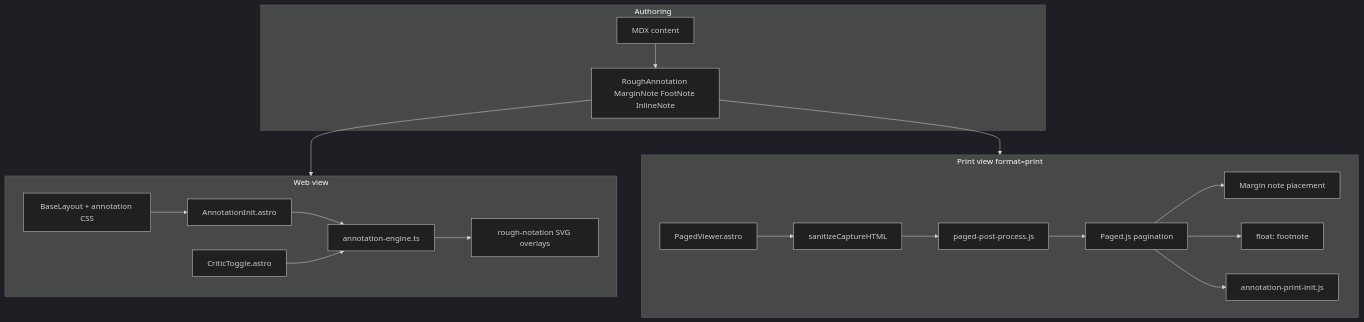
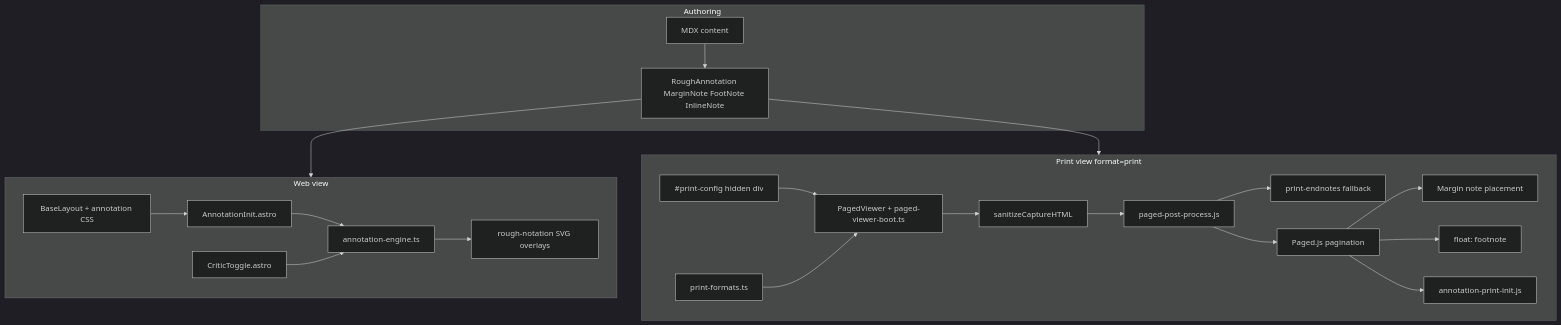
The diagram in docs/decisions/annotation-system.md (findcongwang/findcongwang-astro), drawn with Mermaid (dark theme) before and after one commit. The commit also changed other lines of this file and 14 other files, not shown here.

````diff
--- a/docs/decisions/annotation-system.md
+++ b/docs/decisions/annotation-system.md
@@ -21,39 +23,45 @@
 ```mermaid
 flowchart TB
   subgraph author [Authoring]
     MDX[MDX content]
     Components[RoughAnnotation MarginNote FootNote InlineNote]
     MDX --> Components
   end
 
   subgraph web [Web view]
     BaseLayout[BaseLayout + annotation CSS]
     AnnotInit[AnnotationInit.astro]
     Engine[annotation-engine.ts]
     Rough[rough-notation SVG overlays]
     Toggle[CriticToggle.astro]
     BaseLayout --> AnnotInit
     AnnotInit --> Engine
     Engine --> Rough
     Toggle --> Engine
   end
 
   subgraph print [Print view format=print]
-    PagedViewer[PagedViewer.astro]
+    PrintConfig["#print-config hidden div"]
+    Registry[print-formats.ts]
+    PagedViewer[PagedViewer + paged-viewer-boot.ts]
     Sanitize[sanitizeCaptureHTML]
     PostProcess[paged-post-process.js]
     PagedJS[Paged.js pagination]
+    Endnotes[print-endnotes fallback]
     MarginJS[Margin note placement]
     FootnoteFloat["float: footnote"]
     PrintRough[annotation-print-init.js]
+    PrintConfig --> PagedViewer
+    Registry --> PagedViewer
     PagedViewer --> Sanitize
     Sanitize --> PostProcess
+    PostProcess --> Endnotes
     PostProcess --> PagedJS
     PagedJS --> MarginJS
     PagedJS --> FootnoteFloat
     PagedJS --> PrintRough
   end
 
   Components --> web
   Components --> print
 ```
````
